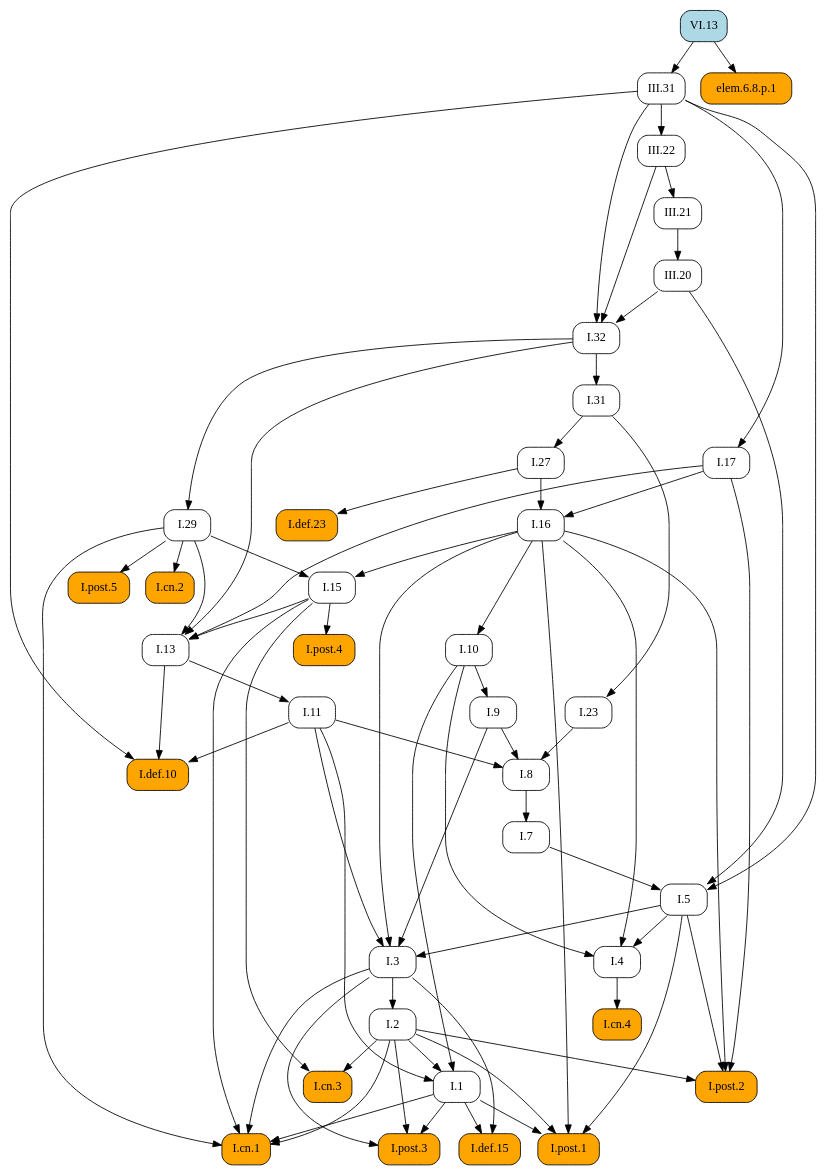
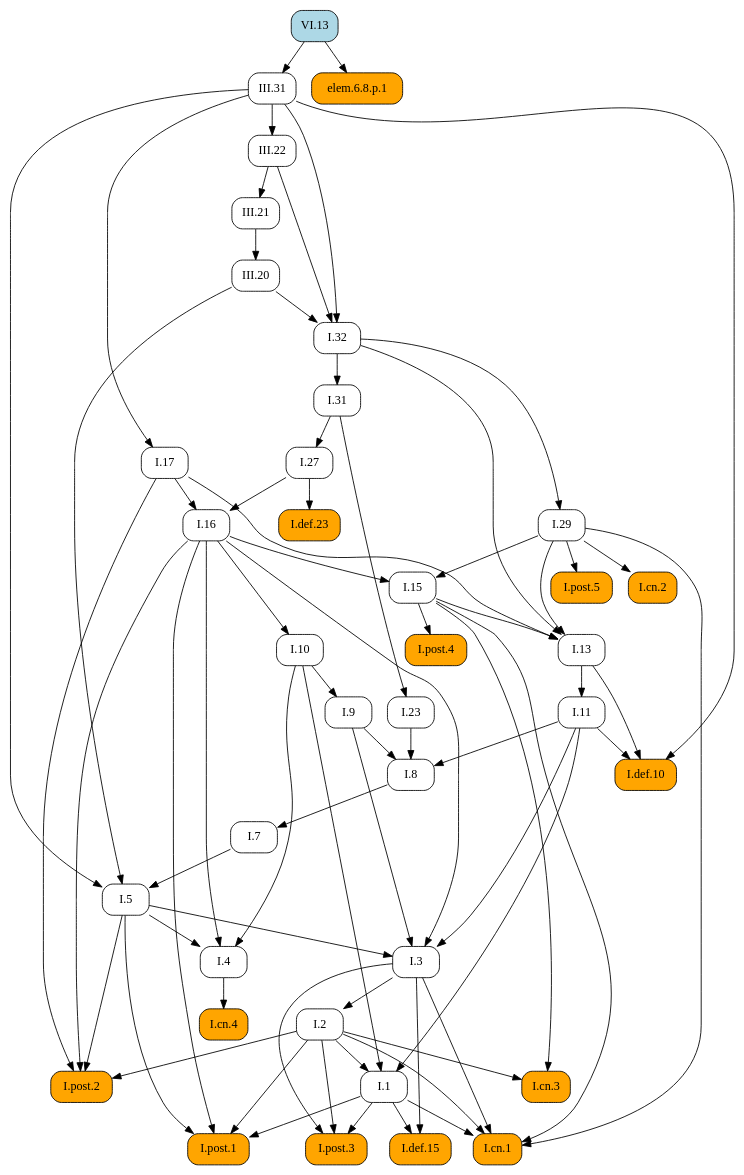
One commit to geometor/elements changed the diagram in docsrc/heath/VI/13/index.rst. Above: the diagram before and after it, drawn with Graphviz. The commit also changed other lines of this file and 1029 other files, not shown here.

```diff
--- a/docsrc/heath/VI/13/index.rst
+++ b/docsrc/heath/VI/13/index.rst
@@ -37,111 +37,111 @@
    digraph {
      rankdir="TB";
      node [shape=box, style=rounded];
+     "I.def.10" [style="rounded,filled", fillcolor=orange, URL="/heath/I/def.10/", target="_top"];
+     "I.11" [URL="/heath/I/11/", target="_top"];
+     "I.post.4" [style="rounded,filled", fillcolor=orange, URL="/heath/I/post.4/", target="_top"];
+     "I.1" [URL="/heath/I/1/", target="_top"];
+     "I.29" [URL="/heath/I/29/", target="_top"];
+     "III.20" [URL="/heath/III/20/", target="_top"];
+     "I.cn.2" [style="rounded,filled", fillcolor=orange, URL="/heath/I/cn.2/", target="_top"];
+     "III.31" [URL="/heath/III/31/", target="_top"];
+     "I.def.15" [style="rounded,filled", fillcolor=orange, URL="/heath/I/def.15/", target="_top"];
+     "I.post.3" [style="rounded,filled", fillcolor=orange, URL="/heath/I/post.3/", target="_top"];
+     "I.cn.1" [style="rounded,filled", fillcolor=orange, URL="/heath/I/cn.1/", target="_top"];
      "I.cn.3" [style="rounded,filled", fillcolor=orange, URL="/heath/I/cn.3/", target="_top"];
-     "III.22" [URL="/heath/III/22/", target="_top"];
-     "I.29" [URL="/heath/I/29/", target="_top"];
+     "I.23" [URL="/heath/I/23/", target="_top"];
+     "I.post.1" [style="rounded,filled", fillcolor=orange, URL="/heath/I/post.1/", target="_top"];
+     "I.27" [URL="/heath/I/27/", target="_top"];
      "I.7" [URL="/heath/I/7/", target="_top"];
-     "I.27" [URL="/heath/I/27/", target="_top"];
+     "I.3" [URL="/heath/I/3/", target="_top"];
+     "I.2" [URL="/heath/I/2/", target="_top"];
+     "I.4" [URL="/heath/I/4/", target="_top"];
      "I.def.23" [style="rounded,filled", fillcolor=orange, URL="/heath/I/def.23/", target="_top"];
+     "I.13" [URL="/heath/I/13/", target="_top"];
+     "I.17" [URL="/heath/I/17/", target="_top"];
+     "I.post.2" [style="rounded,filled", fillcolor=orange, URL="/heath/I/post.2/", target="_top"];
+     "I.31" [URL="/heath/I/31/", target="_top"];
+     "I.16" [URL="/heath/I/16/", target="_top"];
+     "I.9" [URL="/heath/I/9/", target="_top"];
+     "I.32" [URL="/heath/I/32/", target="_top"];
      "I.8" [URL="/heath/I/8/", target="_top"];
-     "I.9" [URL="/heath/I/9/", target="_top"];
-     "III.20" [URL="/heath/III/20/", target="_top"];
-     "I.post.4" [style="rounded,filled", fillcolor=orange, URL="/heath/I/post.4/", target="_top"];
-     "I.2" [URL="/heath/I/2/", target="_top"];
-     "I.def.15" [style="rounded,filled", fillcolor=orange, URL="/heath/I/def.15/", target="_top"];
-     "I.1" [URL="/heath/I/1/", target="_top"];
-     "I.post.1" [style="rounded,filled", fillcolor=orange, URL="/heath/I/post.1/", target="_top"];
      "I.cn.4" [style="rounded,filled", fillcolor=orange, URL="/heath/I/cn.4/", target="_top"];
-     "III.31" [URL="/heath/III/31/", target="_top"];
-     "I.13" [URL="/heath/I/13/", target="_top"];
-     "I.23" [URL="/heath/I/23/", target="_top"];
-     "I.cn.2" [style="rounded,filled", fillcolor=orange, URL="/heath/I/cn.2/", target="_top"];
-     "I.5" [URL="/heath/I/5/", target="_top"];
-     "III.21" [URL="/heath/III/21/", target="_top"];
-     "I.11" [URL="/heath/I/11/", target="_top"];
-     "I.10" [URL="/heath/I/10/", target="_top"];
-     "I.4" [URL="/heath/I/4/", target="_top"];
-     "I.3" [URL="/heath/I/3/", target="_top"];
-     "I.16" [URL="/heath/I/16/", target="_top"];
-     "I.31" [URL="/heath/I/31/", target="_top"];
-     "I.def.10" [style="rounded,filled", fillcolor=orange, URL="/heath/I/def.10/", target="_top"];
-     "I.post.2" [style="rounded,filled", fillcolor=orange, URL="/heath/I/post.2/", target="_top"];
-     "I.post.3" [style="rounded,filled", fillcolor=orange, URL="/heath/I/post.3/", target="_top"];
-     "elem.6.8.p.1" [style="rounded,filled", fillcolor=orange];
-     "I.post.5" [style="rounded,filled", fillcolor=orange, URL="/heath/I/post.5/", target="_top"];
      "VI.13" [style="rounded,filled", fillcolor=lightblue, URL="/heath/VI/13/", target="_top"];
      "I.15" [URL="/heath/I/15/", target="_top"];
-     "I.17" [URL="/heath/I/17/", target="_top"];
-     "I.cn.1" [style="rounded,filled", fillcolor=orange, URL="/heath/I/cn.1/", target="_top"];
-     "I.32" [URL="/heath/I/32/", target="_top"];
-     "I.2" -> "I.cn.3";
-     "I.15" -> "I.cn.3";
-     "III.31" -> "III.22";
-     "I.32" -> "I.29";
-     "I.8" -> "I.7";
-     "I.31" -> "I.27";
-     "I.27" -> "I.def.23";
-     "I.9" -> "I.8";
-     "I.11" -> "I.8";
-     "I.23" -> "I.8";
-     "I.10" -> "I.9";
-     "III.21" -> "III.20";
+     "III.21" [URL="/heath/III/21/", target="_top"];
+     "III.22" [URL="/heath/III/22/", target="_top"];
+     "I.post.5" [style="rounded,filled", fillcolor=orange, URL="/heath/I/post.5/", target="_top"];
+     "elem.6.8.p.1" [style="rounded,filled", fillcolor=orange];
+     "I.10" [URL="/heath/I/10/", target="_top"];
+     "I.5" [URL="/heath/I/5/", target="_top"];
+     "I.11" -> "I.def.10";
+     "I.13" -> "I.def.10";
+     "III.31" -> "I.def.10";
+     "I.13" -> "I.11";
      "I.15" -> "I.post.4";
-     "I.3" -> "I.2";
-     "I.1" -> "I.def.15";
-     "I.3" -> "I.def.15";
      "I.2" -> "I.1";
      "I.10" -> "I.1";
      "I.11" -> "I.1";
-     "I.1" -> "I.post.1";
-     "I.2" -> "I.post.1";
-     "I.5" -> "I.post.1";
-     "I.16" -> "I.post.1";
-     "I.4" -> "I.cn.4";
+     "I.32" -> "I.29";
+     "III.21" -> "III.20";
+     "I.29" -> "I.cn.2";
      "VI.13" -> "III.31";
-     "I.15" -> "I.13";
-     "I.17" -> "I.13";
-     "I.29" -> "I.13";
-     "I.32" -> "I.13";
-     "I.31" -> "I.23";
-     "I.29" -> "I.cn.2";
-     "I.7" -> "I.5";
-     "III.20" -> "I.5";
-     "III.31" -> "I.5";
-     "III.22" -> "III.21";
-     "I.13" -> "I.11";
-     "I.16" -> "I.10";
-     "I.5" -> "I.4";
-     "I.10" -> "I.4";
-     "I.16" -> "I.4";
-     "I.5" -> "I.3";
-     "I.9" -> "I.3";
-     "I.11" -> "I.3";
-     "I.16" -> "I.3";
-     "I.17" -> "I.16";
-     "I.27" -> "I.16";
-     "I.32" -> "I.31";
-     "I.11" -> "I.def.10";
-     "I.13" -> "I.def.10";
-     "III.31" -> "I.def.10";
-     "I.2" -> "I.post.2";
-     "I.5" -> "I.post.2";
-     "I.16" -> "I.post.2";
-     "I.17" -> "I.post.2";
+     "I.1" -> "I.def.15";
+     "I.3" -> "I.def.15";
      "I.1" -> "I.post.3";
      "I.2" -> "I.post.3";
      "I.3" -> "I.post.3";
-     "VI.13" -> "elem.6.8.p.1";
-     "I.29" -> "I.post.5";
-     "I.16" -> "I.15";
-     "I.29" -> "I.15";
-     "III.31" -> "I.17";
      "I.1" -> "I.cn.1";
      "I.2" -> "I.cn.1";
      "I.3" -> "I.cn.1";
      "I.15" -> "I.cn.1";
      "I.29" -> "I.cn.1";
+     "I.2" -> "I.cn.3";
+     "I.15" -> "I.cn.3";
+     "I.31" -> "I.23";
+     "I.1" -> "I.post.1";
+     "I.2" -> "I.post.1";
+     "I.5" -> "I.post.1";
+     "I.16" -> "I.post.1";
+     "I.31" -> "I.27";
+     "I.8" -> "I.7";
+     "I.5" -> "I.3";
+     "I.9" -> "I.3";
+     "I.11" -> "I.3";
+     "I.16" -> "I.3";
+     "I.3" -> "I.2";
+     "I.5" -> "I.4";
+     "I.10" -> "I.4";
+     "I.16" -> "I.4";
+     "I.27" -> "I.def.23";
+     "I.15" -> "I.13";
+     "I.17" -> "I.13";
+     "I.29" -> "I.13";
+     "I.32" -> "I.13";
+     "III.31" -> "I.17";
+     "I.2" -> "I.post.2";
+     "I.5" -> "I.post.2";
+     "I.16" -> "I.post.2";
+     "I.17" -> "I.post.2";
+     "I.32" -> "I.31";
+     "I.17" -> "I.16";
+     "I.27" -> "I.16";
+     "I.10" -> "I.9";
      "III.20" -> "I.32";
      "III.22" -> "I.32";
      "III.31" -> "I.32";
+     "I.9" -> "I.8";
+     "I.11" -> "I.8";
+     "I.23" -> "I.8";
+     "I.4" -> "I.cn.4";
+     "I.16" -> "I.15";
+     "I.29" -> "I.15";
+     "III.22" -> "III.21";
+     "III.31" -> "III.22";
+     "I.29" -> "I.post.5";
+     "VI.13" -> "elem.6.8.p.1";
+     "I.16" -> "I.10";
+     "I.7" -> "I.5";
+     "III.20" -> "I.5";
+     "III.31" -> "I.5";
    }
```
